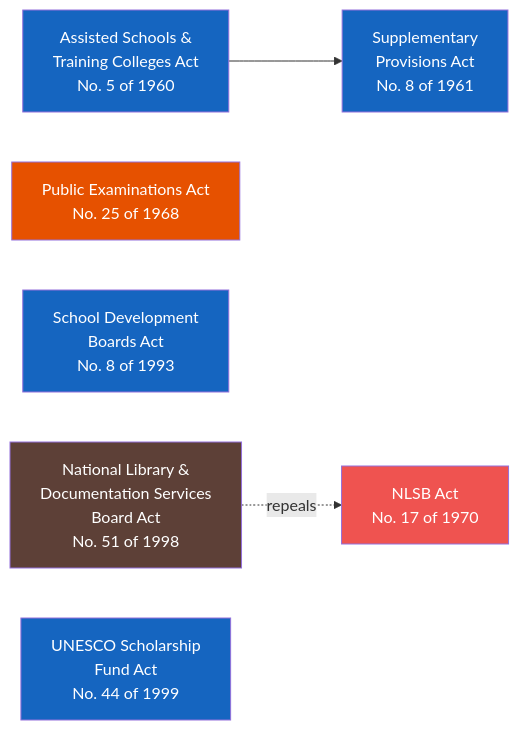
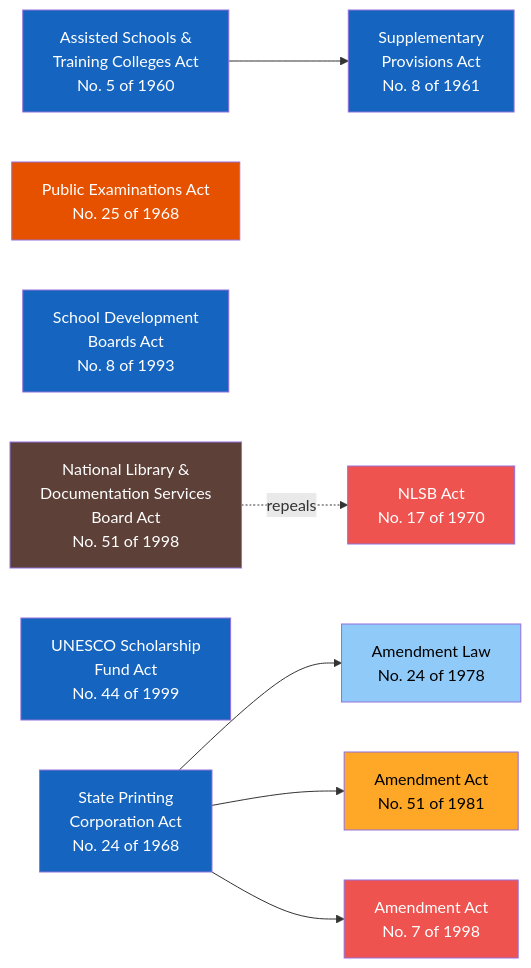
Before and after one commit to LDFLK/research: the diagram in docs/docs/ministry-deep-dive/education/act-lineage/index.md, drawn with Mermaid. The commit also changed other lines of this file and 10 other files, not shown here.

First line of the commit message:
feat: add State Printing Corporation Act deep dive (Education Ministry)

````diff
--- a/docs/docs/ministry-deep-dive/education/act-lineage/index.md
+++ b/docs/docs/ministry-deep-dive/education/act-lineage/index.md
@@ -12,23 +12,34 @@
 ```mermaid
 flowchart LR
     ASA["Assisted Schools &<br/>Training Colleges Act<br/>No. 5 of 1960"] --> SUP["Supplementary<br/>Provisions Act<br/>No. 8 of 1961"]
     PEA["Public Examinations Act<br/>No. 25 of 1968"]
     SDB["School Development<br/>Boards Act<br/>No. 8 of 1993"]
     NLA["National Library &<br/>Documentation Services<br/>Board Act<br/>No. 51 of 1998"] -.->|"repeals"| OLD["NLSB Act<br/>No. 17 of 1970"]
     USF["UNESCO Scholarship<br/>Fund Act<br/>No. 44 of 1999"]
+    SPC["State Printing<br/>Corporation Act<br/>No. 24 of 1968"] --> SPC78["Amendment Law<br/>No. 24 of 1978"]
+    SPC --> SPC81["Amendment Act<br/>No. 51 of 1981"]
+    SPC --> SPC98["Amendment Act<br/>No. 7 of 1998"]
 
     click ASA "https://www.lawnet.gov.lk/wp-content/uploads/Law%20Site/4-stats_1956_2006/set1/1960Y0V0C5A.html" "View Act (LawNet)" _blank
     click SUP "https://www.lawnet.gov.lk/wp-content/uploads/Law%20Site/4-stats_1956_2006/set1/1961Y0V0C8A.html" "View Act (LawNet)" _blank
     click PEA "https://www.srilankalaw.lk/revised-statutes/volume-vi/965-public-examinations-act.html" "View Act (srilankalaw.lk)" _blank
     click SDB "http://www.commonlii.org/lk/legis/num_act/sdba8o1993306/" "View Act (CommonLII)" _blank
     click USF "https://www.lawnet.gov.lk/wp-content/uploads/cons_stat_up2_2006/1999Y0V0C44A.html" "View Act (LawNet)" _blank
     click NLA "http://www.natlib.lk/pdf/51of1998E.pdf" "View Act (natlib.lk)" _blank
+    click SPC "https://www.lawnet.gov.lk/wp-content/uploads/Law%20Site/4-stats_1956_2006/set1/1968Y0V0C24A.html" "View Act (LawNet)" _blank
+    click SPC78 "https://www.commonlii.org/lk/legis/num_act/spcl24o1978451/" "View Amendment (CommonLII)" _blank
+    click SPC81 "https://lawnet.gov.lk/wp-content/uploads/Law%20Site/4-stats_1956_2006/set3/1981Y0V0C51A.html" "View Amendment (LawNet)" _blank
+    click SPC98 "https://lawnet.gov.lk/wp-content/uploads/Law%20Site/4-stats_1956_2006/set5/1998Y0V0C7A.html" "View Amendment (LawNet)" _blank
 
     style ASA fill:#1565C0,color:#fff
     style SUP fill:#1565C0,color:#fff
     style PEA fill:#E65100,color:#fff
     style SDB fill:#1565C0,color:#fff
     style USF fill:#1565C0,color:#fff
     style NLA fill:#5D4037,color:#fff
     style OLD fill:#EF5350,color:#fff
+    style SPC fill:#1565C0,color:#fff
+    style SPC78 fill:#90CAF9,color:#000
+    style SPC81 fill:#FFA726,color:#000
+    style SPC98 fill:#EF5350,color:#fff
 ```
````
